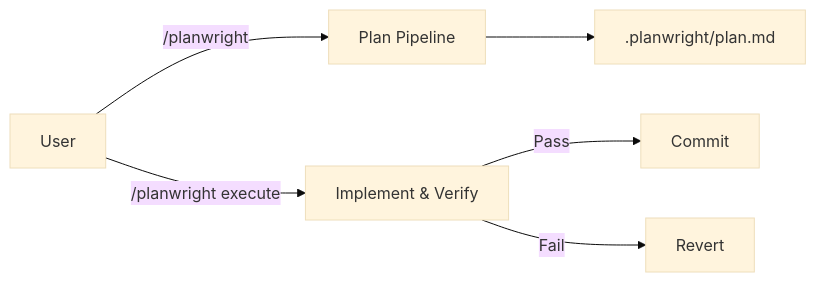
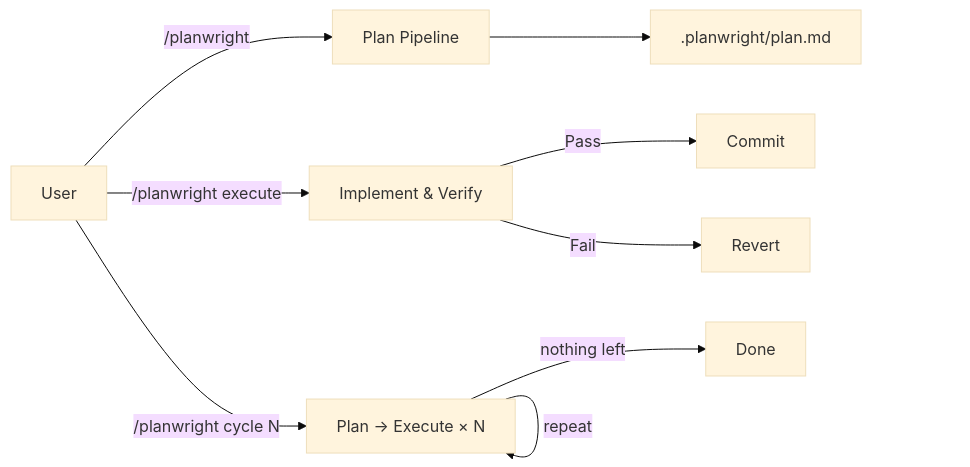
The diagram in README.md (eserlxl/planwright), drawn with Mermaid (base theme) before and after one commit. The commit also changed other lines of this file, not shown here.

Commit message:
docs: document cycle command in README with flowchart and quick start examples

````diff
--- a/README.md
+++ b/README.md
@@ -12,8 +13,12 @@
 ```mermaid
 flowchart LR
     User -->|/planwright| Plan[Plan Pipeline] --> Doc[.planwright/plan.md]
-    
+
     User -->|/planwright execute| Exec[Implement & Verify]
     Exec -- Pass --> Commit[Commit]
     Exec -- Fail --> Revert[Revert]
+
+    User -->|/planwright cycle N| Cycle[Plan → Execute × N]
+    Cycle -->|repeat| Cycle
+    Cycle -->|nothing left| Done[Done]
 ```
````
